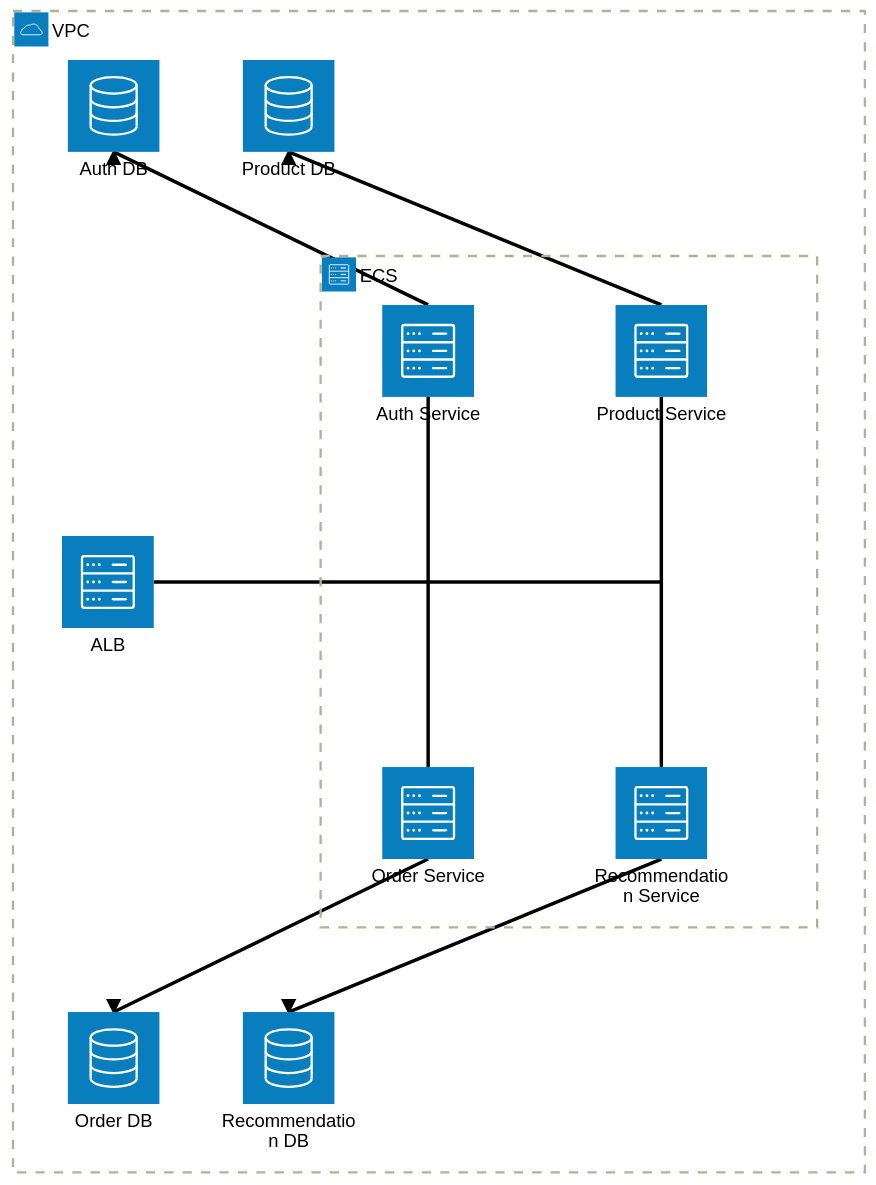
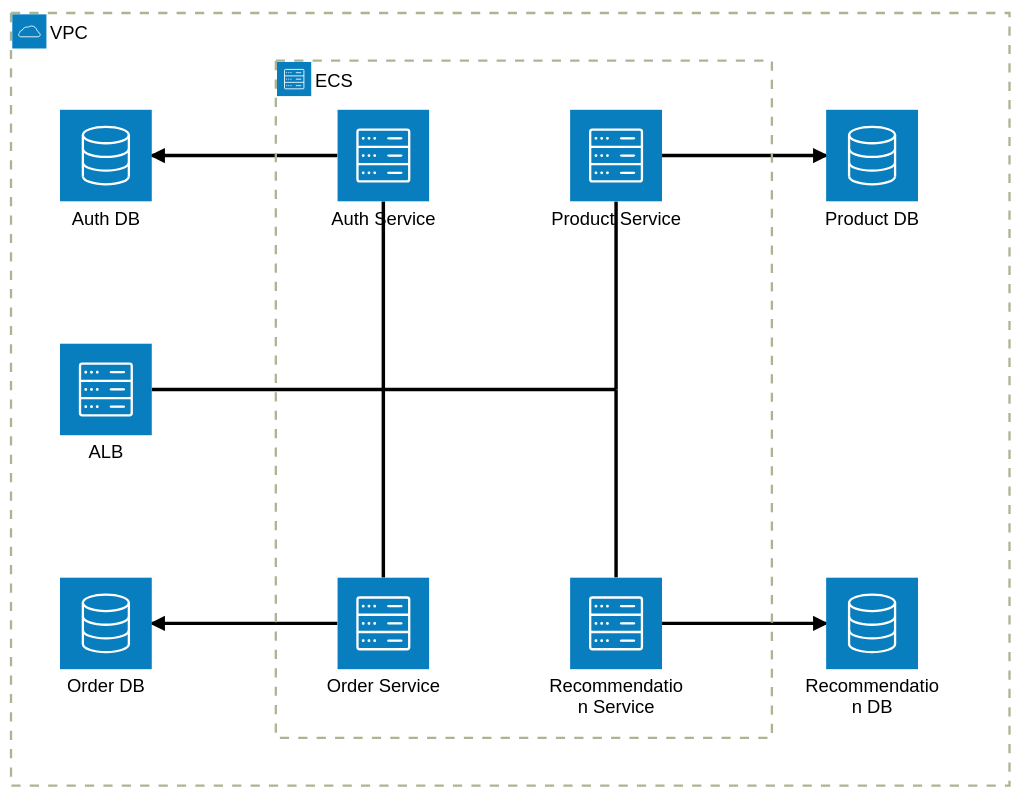
The second of 2 diagrams in latency-aficionados/README.md (rafaritter44/architecture-katas), drawn with Mermaid (forest theme) before and after one commit.

Commit message:
Improve diagram layout

````diff
--- a/latency-aficionados/README.md
+++ b/latency-aficionados/README.md
@@ -75,34 +75,34 @@
 ```mermaid
 architecture-beta
     group vpc(cloud)[VPC]
     group ecs(server)[ECS] in vpc
 
     service alb(server)[ALB] in vpc
 
     service as(server)[Auth Service] in ecs
     service adb(database)[Auth DB] in vpc
 
     service ps(server)[Product Service] in ecs
     service pdb(database)[Product DB] in vpc
 
     service os(server)[Order Service] in ecs
     service odb(database)[Order DB] in vpc
 
     service rs(server)[Recommendation Service] in ecs
     service rdb(database)[Recommendation DB] in vpc
 
     junction jCenter in ecs
     junction jRight in ecs
 
     alb:R -- L:jCenter
     as:B -- T:jCenter
     os:T -- B:jCenter
     jCenter:R -- L:jRight
     ps:B -- T:jRight
     rs:T -- B:jRight
 
-    as:T --> B:adb
-    ps:T --> B:pdb
-    os:B --> T:odb
-    rs:B --> T:rdb
+    as:L --> R:adb
+    ps:R --> L:pdb
+    os:L --> R:odb
+    rs:R --> L:rdb
 ```
````
